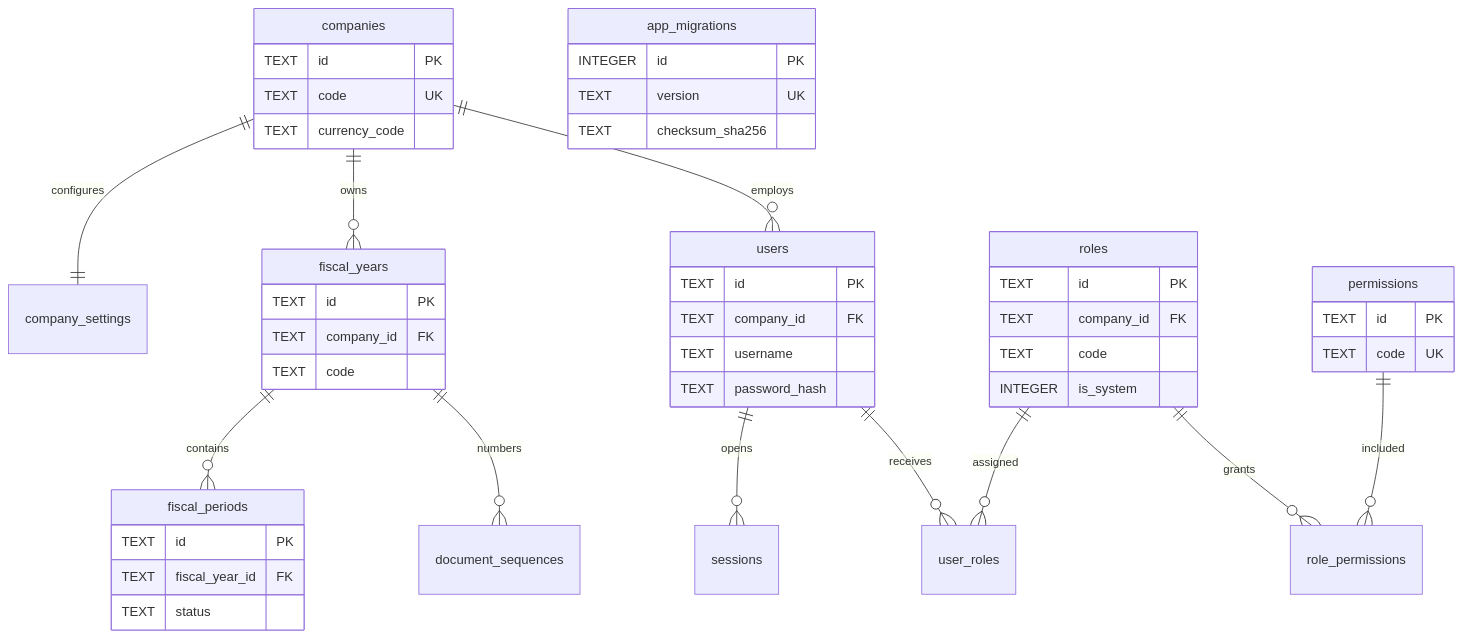
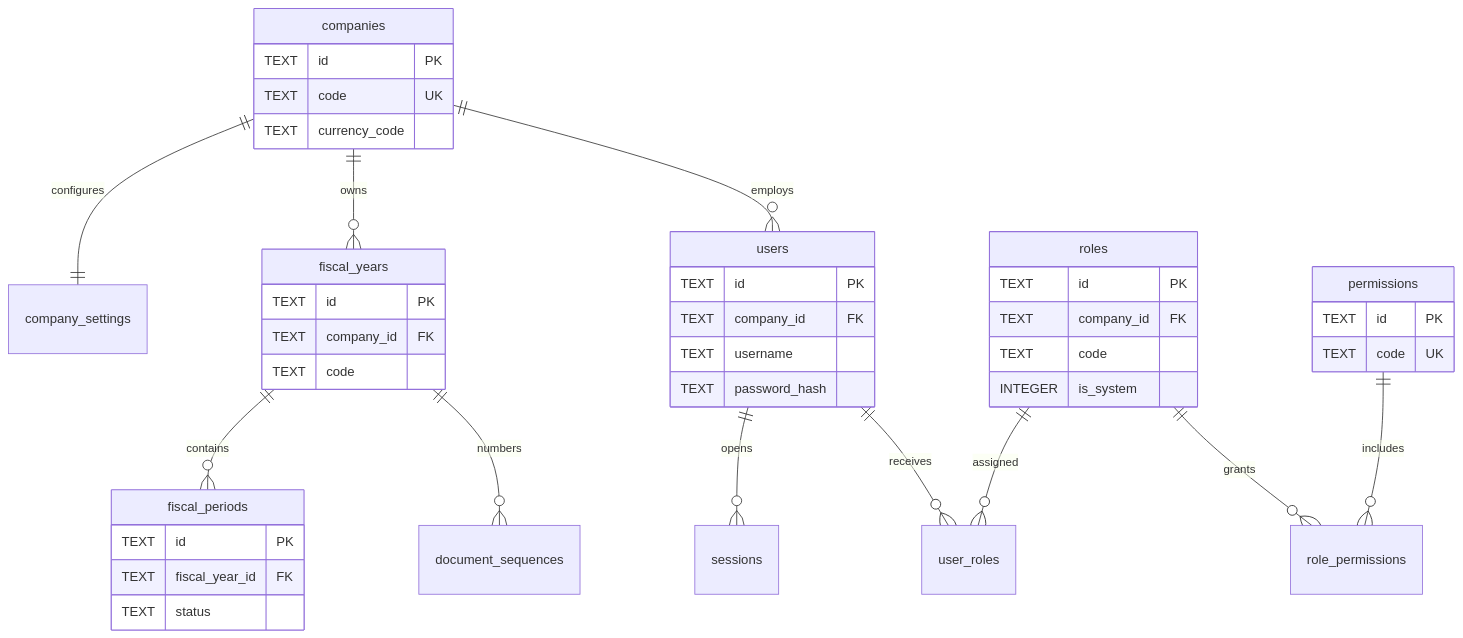
One commit to mohamed09090-xmd/posman-desktop changed the first of 6 diagrams in docs/architecture/erd.md. Above: the diagram before and after it, drawn with Mermaid. The commit also changed other lines of this file and 5 other files, not shown here.

Commit message:
docs: preserve POSMAN blueprint and data architecture

````diff
--- a/docs/architecture/erd.md
+++ b/docs/architecture/erd.md
@@ -7,49 +7,44 @@
 ```mermaid
 erDiagram
     companies ||--|| company_settings : configures
     companies ||--o{ fiscal_years : owns
     fiscal_years ||--o{ fiscal_periods : contains
     fiscal_years ||--o{ document_sequences : numbers
     companies ||--o{ users : employs
     users ||--o{ sessions : opens
     users ||--o{ user_roles : receives
     roles ||--o{ user_roles : assigned
     roles ||--o{ role_permissions : grants
-    permissions ||--o{ role_permissions : included
-    app_migrations {
-        INTEGER id PK
-        TEXT version UK
-        TEXT checksum_sha256
-    }
+    permissions ||--o{ role_permissions : includes
     companies {
         TEXT id PK
         TEXT code UK
         TEXT currency_code
     }
     fiscal_years {
         TEXT id PK
         TEXT company_id FK
         TEXT code
     }
     fiscal_periods {
         TEXT id PK
         TEXT fiscal_year_id FK
         TEXT status
     }
     users {
         TEXT id PK
         TEXT company_id FK
         TEXT username
         TEXT password_hash
     }
     roles {
         TEXT id PK
         TEXT company_id FK
         TEXT code
         INTEGER is_system
     }
     permissions {
         TEXT id PK
         TEXT code UK
     }
 ```
````
